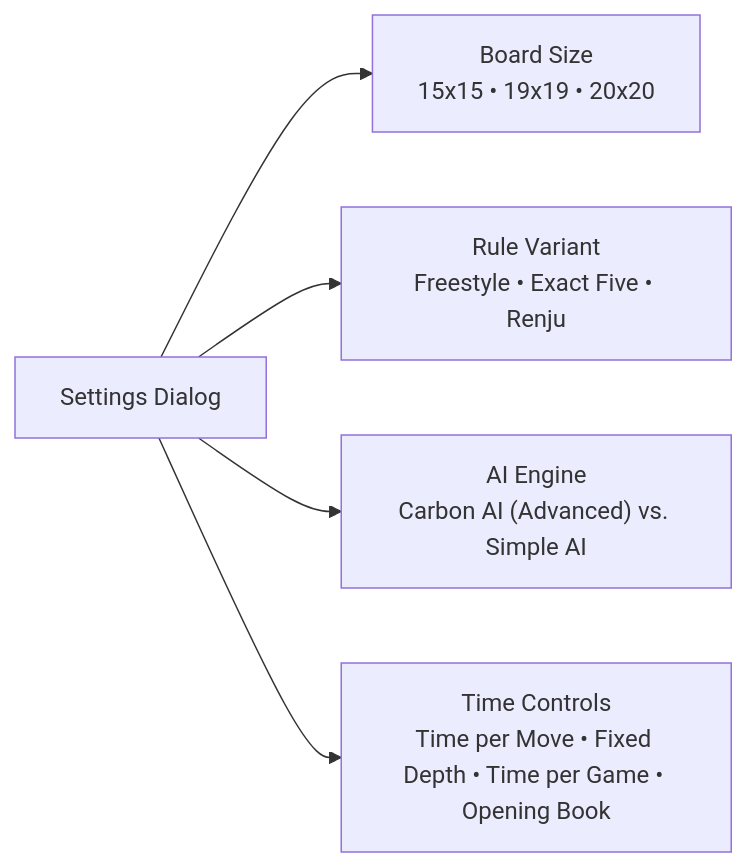
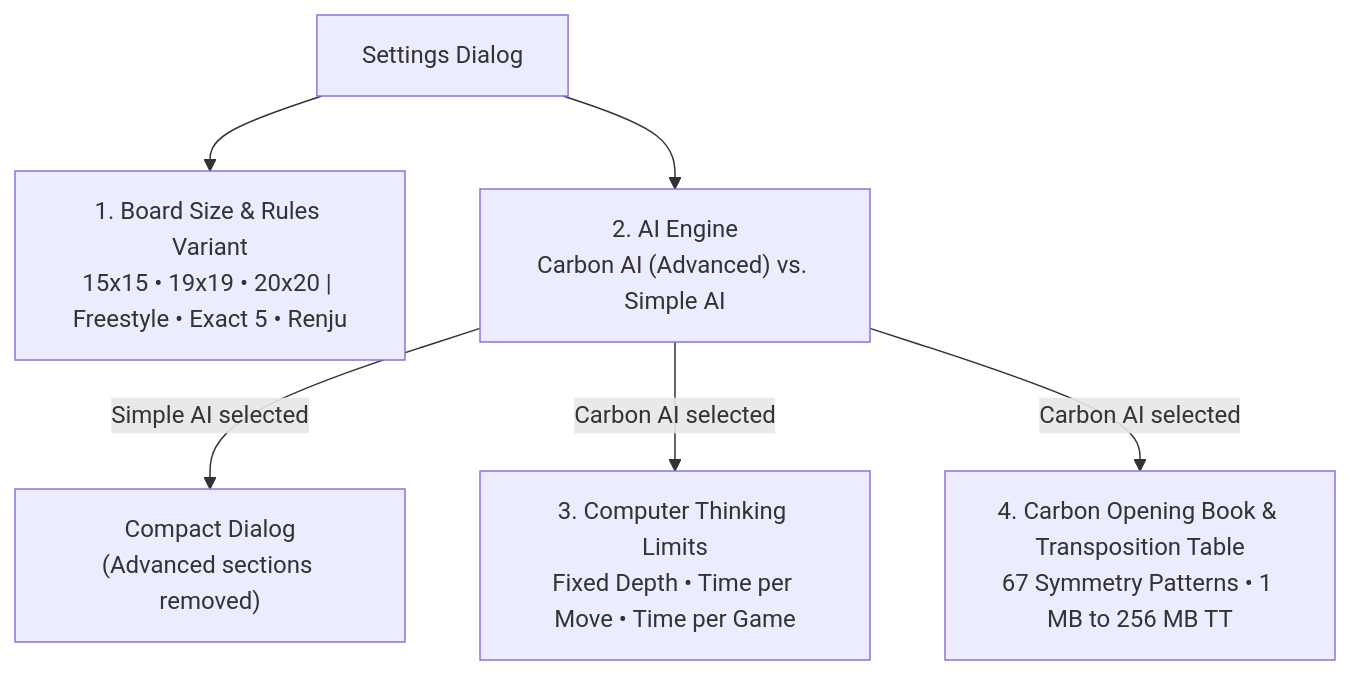
The second of 3 diagrams in docs/brain/14-gui-and-settings.md (cjp-dev/Gomoku), drawn with Mermaid before and after one commit. The commit also changed other lines of this file and 9 other files, not shown here.

Commit message:
feat: reorder settings dialog, hide Carbon options for Simple AI, add User guide Help item with F1

````diff
--- a/docs/brain/14-gui-and-settings.md
+++ b/docs/brain/14-gui-and-settings.md
@@ -101,8 +110,9 @@
 ```mermaid
-graph LR
+graph TD
     Settings["Settings Dialog"]
-    Settings --> BoardSize["Board Size<br/>15x15 • 19x19 • 20x20"]
-    Settings --> Variant["Rule Variant<br/>Freestyle • Exact Five • Renju"]
-    Settings --> Engine["AI Engine<br/>Carbon AI (Advanced) vs. Simple AI"]
-    Settings --> TimeControl["Time Controls<br/>Time per Move • Fixed Depth • Time per Game • Opening Book"]
+    Settings --> Section1["1. Board Size &amp; Rules Variant<br/>15x15 • 19x19 • 20x20 | Freestyle • Exact 5 • Renju"]
+    Settings --> Section2["2. AI Engine<br/>Carbon AI (Advanced) vs. Simple AI"]
+    Section2 -- "Simple AI selected" --> Simplified["Compact Dialog<br/>(Advanced sections removed)"]
+    Section2 -- "Carbon AI selected" --> Section3["3. Computer Thinking Limits<br/>Fixed Depth • Time per Move • Time per Game"]
+    Section2 -- "Carbon AI selected" --> Section4["4. Carbon Opening Book &amp; Transposition Table<br/>67 Symmetry Patterns • 1 MB to 256 MB TT"]
 ```
````
